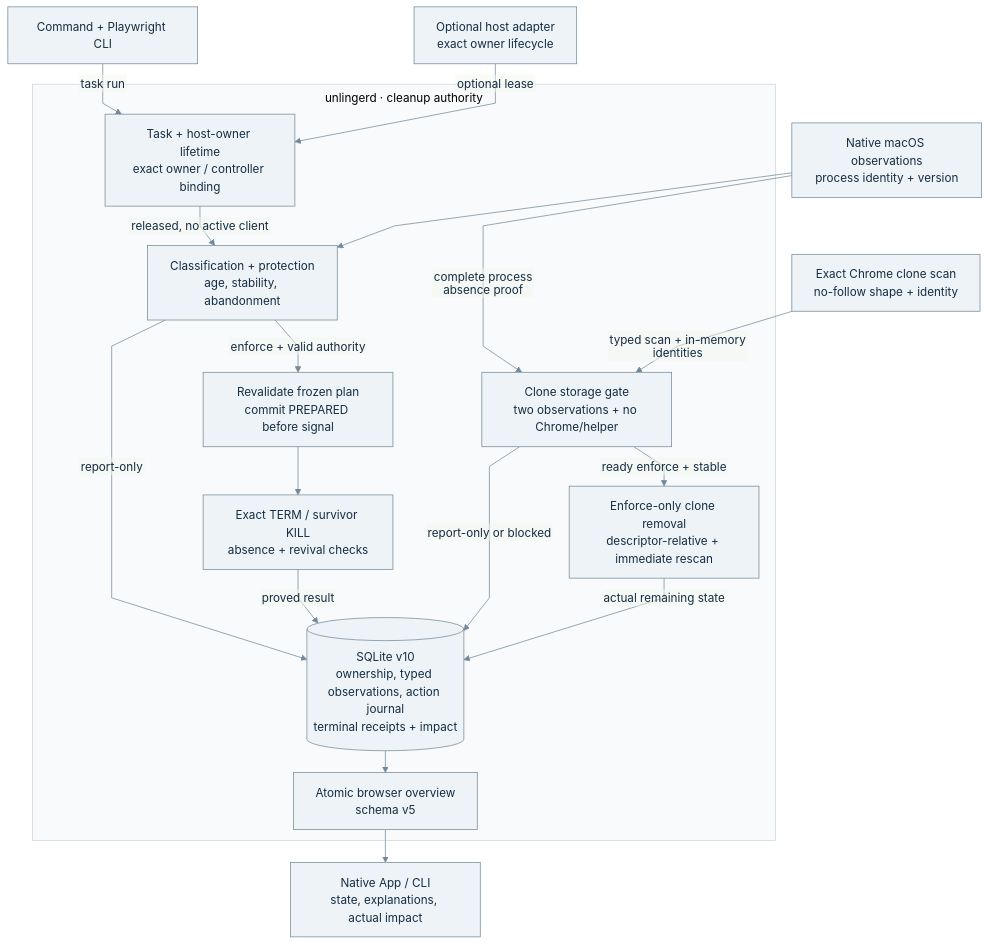
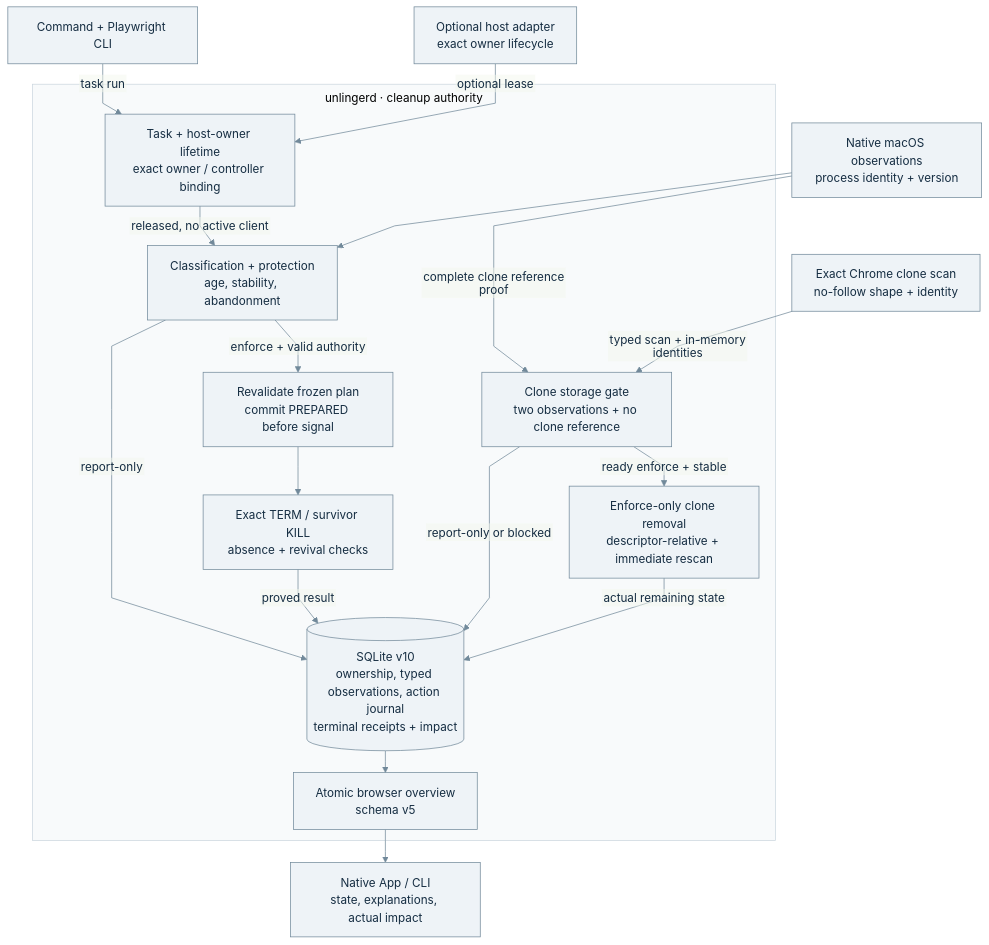
The diagram in docs/architecture.mmd (IndelibleVivi/unlinger), drawn with Mermaid before and after one commit. The commit also changed 12 other files, not shown here.

Commit message:
allow clone cleanup while chrome runs

```diff
--- a/docs/architecture.mmd
+++ b/docs/architecture.mmd
@@ -1,32 +1,32 @@
 %% Current source execution map; bilingual evidence map in ARCHITECTURE.md.
 %%{init: {"theme": "base", "fontFamily": "Arial, sans-serif", "themeVariables": {"fontFamily": "Arial, sans-serif", "fontSize": "16px", "primaryColor": "#eef3f7", "primaryTextColor": "#152d42", "primaryBorderColor": "#71899a", "lineColor": "#71899a", "clusterBkg": "#f8fafb", "clusterBorder": "#ccd7df"}, "flowchart": {"htmlLabels": false, "curve": "linear", "nodeSpacing": 25, "rankSpacing": 30, "subGraphTitleMargin": {"top": 8, "bottom": 18}}}}%%
 flowchart TB
   command["Command + Playwright CLI"]
   host["Optional host adapter<br/>exact owner lifecycle"]
   native["Native macOS observations<br/>process identity + version"]
   residue["Exact Chrome clone scan<br/>no-follow shape + identity"]
   subgraph daemon["unlingerd · cleanup authority"]
     lifetime["Task + host-owner lifetime<br/>exact owner / controller binding"]
     gates["Classification + protection<br/>age, stability, abandonment"]
     plan["Revalidate frozen plan<br/>commit PREPARED before signal"]
     proof["Exact TERM / survivor KILL<br/>absence + revival checks"]
-    residue_gate["Clone storage gate<br/>two observations + no Chrome/helper"]
+    residue_gate["Clone storage gate<br/>two observations + no clone reference"]
     residue_delete["Enforce-only clone removal<br/>descriptor-relative + immediate rescan"]
     store[("SQLite v10<br/>ownership, typed observations, action journal<br/>terminal receipts + impact")]
     overview["Atomic browser overview<br/>schema v5"]
     lifetime -->|released, no active client| gates
     gates -->|report-only| store
     gates -->|enforce + valid authority| plan
     plan --> proof
     proof -->|proved result| store
     residue_gate -->|report-only or blocked| store
     residue_gate -->|ready enforce + stable| residue_delete
     residue_delete -->|actual remaining state| store
     store --> overview
   end
   command -->|task run| lifetime
   host -->|optional lease| lifetime
   native --> gates
-  native -->|complete process absence proof| residue_gate
+  native -->|complete clone reference proof| residue_gate
   residue -->|typed scan + in-memory identities| residue_gate
   overview --> app["Native App / CLI<br/>state, explanations, actual impact"]
```
